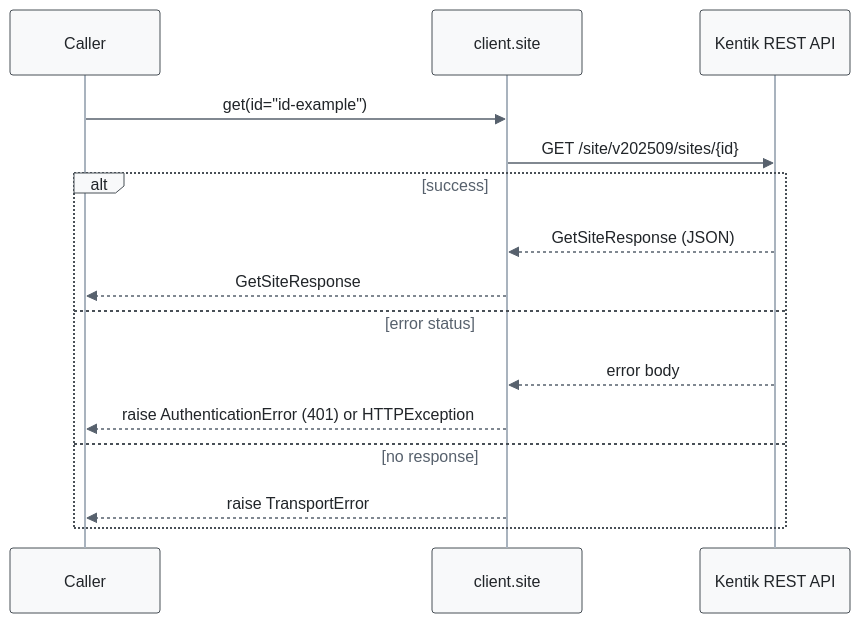
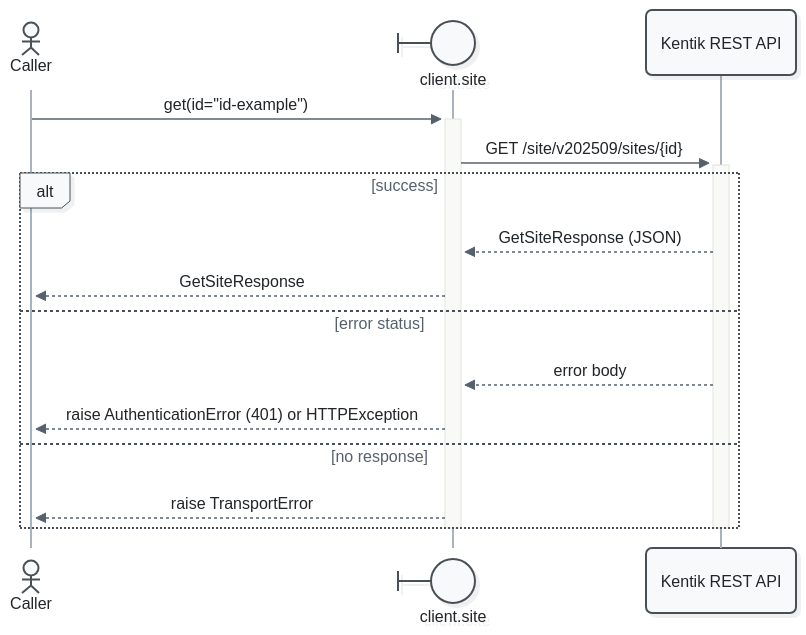
One commit to alexdearaujo/community_sdk_python changed diagram 15 of 21 in docs/sphinx/services/site.md. Above: the diagram before and after it, drawn with Mermaid. The commit also changed other lines of this file and 52 other files, not shown here.

First line of the commit message:
docs: Mermaid 12 sequence diagrams with participant types and path colors

````diff
--- a/docs/sphinx/services/site.md
+++ b/docs/sphinx/services/site.md
@@ -568,19 +603,21 @@
 ```mermaid
-%%{init: {"theme": "base", "fontFamily": "ui-monospace, SFMono-Regular, Menlo, monospace", "themeVariables": {"fontFamily": "ui-monospace, SFMono-Regular, Menlo, monospace", "primaryColor": "#f8f9fa", "primaryBorderColor": "#495057", "primaryTextColor": "#212529", "textColor": "#212529", "lineColor": "#77818c", "edgeLabelBackground": "#ffffff", "actorBkg": "#f8f9fa", "actorBorder": "#495057", "actorTextColor": "#212529", "actorLineColor": "#a9b3be", "signalColor": "#57616d", "signalTextColor": "#212529", "labelBoxBkgColor": "#f8f9fa", "labelBoxBorderColor": "#495057", "labelTextColor": "#212529", "loopTextColor": "#57616d", "noteBkgColor": "#fff9db", "noteBorderColor": "#f08c00", "noteTextColor": "#a35a00"}, "flowchart": {"curve": "step", "nodeSpacing": 30, "rankSpacing": 70, "wrappingWidth": 400}}}%%
+%%{init: {"theme": "redux", "look": "neo", "layout": "dagre", "fontFamily": "ui-monospace, SFMono-Regular, Menlo, monospace", "themeVariables": {"fontFamily": "ui-monospace, SFMono-Regular, Menlo, monospace", "primaryColor": "#f8f9fa", "primaryBorderColor": "#495057", "primaryTextColor": "#212529", "textColor": "#212529", "lineColor": "#77818c", "edgeLabelBackground": "#ffffff", "actorBkg": "#f8f9fa", "actorBorder": "#495057", "actorTextColor": "#212529", "actorLineColor": "#a9b3be", "signalColor": "#57616d", "signalTextColor": "#212529", "labelBoxBkgColor": "#f8f9fa", "labelBoxBorderColor": "#495057", "labelTextColor": "#212529", "loopTextColor": "#57616d", "noteBkgColor": "#fff9db", "noteBorderColor": "#f08c00", "noteTextColor": "#a35a00"}, "sequence": {"activationWidth": 16}, "flowchart": {"curve": "step", "nodeSpacing": 30, "rankSpacing": 70, "wrappingWidth": 400}}}%%
 sequenceDiagram
-    participant C as Caller
-    participant W as client.site
+    actor C as Caller
+    participant W@{ "type": "boundary" } as client.site
     participant API as Kentik REST API
 
-    C->>W: get(id="id-example")
-    W->>API: GET /site/v202509/sites/{id}
+    C->>+W: get(id="id-example")
+    W->>+API: GET /site/v202509/sites/{id}
     alt success
         API-->>W: GetSiteResponse (JSON)
         W-->>C: GetSiteResponse
     else error status
         API-->>W: error body
         W-->>C: raise AuthenticationError (401) or HTTPException
     else no response
         W-->>C: raise TransportError
     end
+    deactivate API
+    deactivate W
 ```
````
